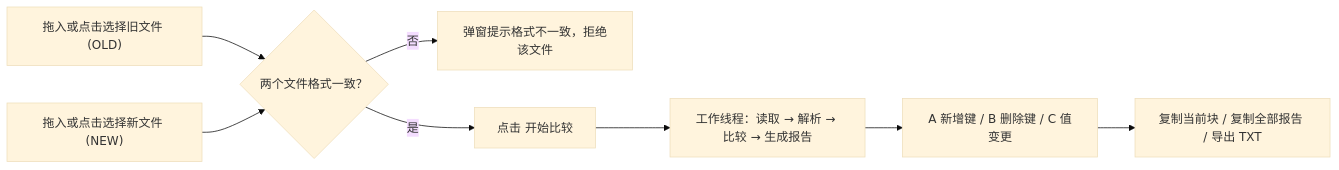
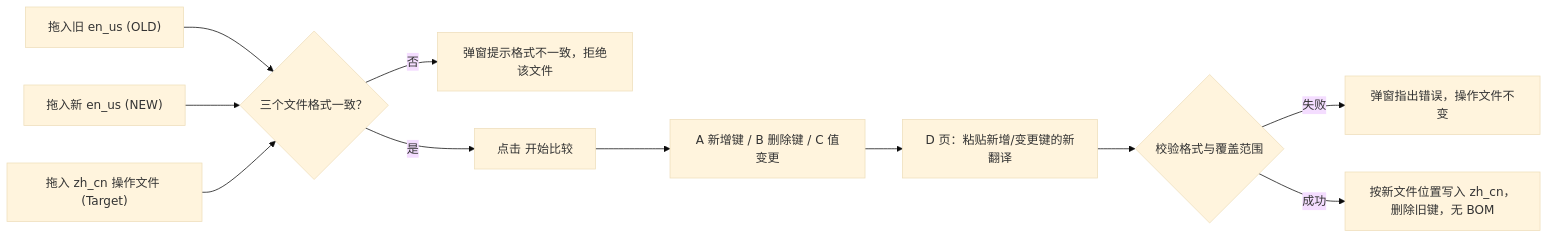
Before and after one commit to Mr-J-D-J/MCLangDiff: the first of 3 diagrams in README.md, drawn with Mermaid (base theme). The commit also changed other lines of this file and 13 other files, not shown here.

````diff
--- a/README.md
+++ b/README.md
@@ -24,10 +29,13 @@
 ```mermaid
 flowchart LR
-    A["拖入或点击选择旧文件 (OLD)"] --> C{"两个文件格式一致？"}
-    B["拖入或点击选择新文件 (NEW)"] --> C
+    A["拖入旧 en_us (OLD)"] --> C{"三个文件格式一致？"}
+    B["拖入新 en_us (NEW)"] --> C
+    T["拖入 zh_cn 操作文件 (Target)"] --> C
     C -- "否" --> D["弹窗提示格式不一致，拒绝该文件"]
     C -- "是" --> E["点击 开始比较"]
-    E --> F["工作线程：读取 → 解析 → 比较 → 生成报告"]
-    F --> G["A 新增键 / B 删除键 / C 值变更"]
-    G --> H["复制当前块 / 复制全部报告 / 导出 TXT"]
+    E --> F["A 新增键 / B 删除键 / C 值变更"]
+    F --> G["D 页：粘贴新增/变更键的新翻译"]
+    G --> H{"校验格式与覆盖范围"}
+    H -- "失败" --> I["弹窗指出错误，操作文件不变"]
+    H -- "成功" --> J["按新文件位置写入 zh_cn，删除旧键，无 BOM"]
 ```
````
